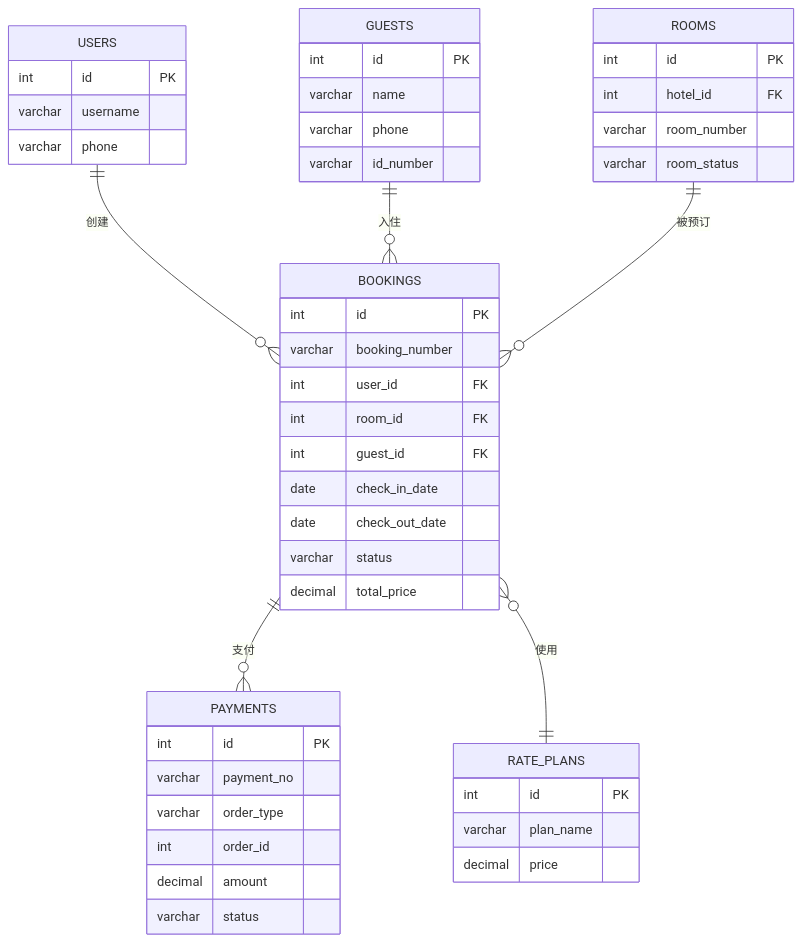
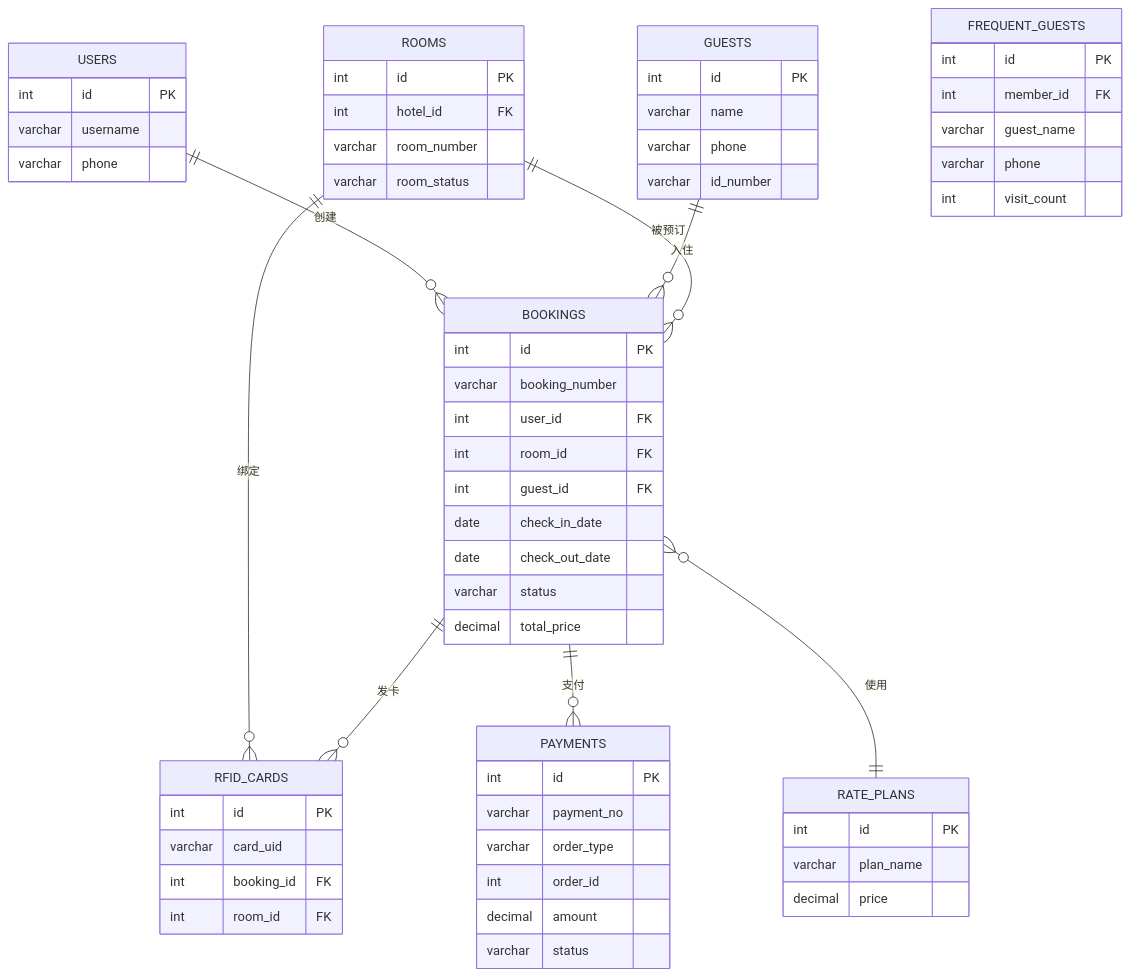
One commit to choisaaaaa/IoT_Smart_Hotel_System changed the sixth of 19 diagrams in docs/database_er_diagram.md. Above: the diagram before and after it, drawn with Mermaid. The commit also changed other lines of this file, not shown here.

First line of the commit message:
docs(database): 更新数据库E-R图文档至v2.0.0版本

````diff
--- a/docs/database_er_diagram.md
+++ b/docs/database_er_diagram.md
@@ -188,49 +279,64 @@
 ```mermaid
 erDiagram
     USERS {
         int id PK
         varchar username
         varchar phone
     }
     GUESTS {
         int id PK
         varchar name
         varchar phone
         varchar id_number
     }
     ROOMS {
         int id PK
         int hotel_id FK
         varchar room_number
         varchar room_status
     }
     BOOKINGS {
         int id PK
         varchar booking_number
         int user_id FK
         int room_id FK
         int guest_id FK
         date check_in_date
         date check_out_date
         varchar status
         decimal total_price
     }
     PAYMENTS {
         int id PK
         varchar payment_no
         varchar order_type
         int order_id
         decimal amount
         varchar status
     }
     RATE_PLANS {
         int id PK
         varchar plan_name
         decimal price
     }
+    RFID_CARDS {
+        int id PK
+        varchar card_uid
+        int booking_id FK
+        int room_id FK
+    }
+    FREQUENT_GUESTS {
+        int id PK
+        int member_id FK
+        varchar guest_name
+        varchar phone
+        int visit_count
+    }
     USERS ||--o{ BOOKINGS : "创建"
     GUESTS ||--o{ BOOKINGS : "入住"
     ROOMS ||--o{ BOOKINGS : "被预订"
+    ROOMS ||--o{ RFID_CARDS : "绑定"
+    BOOKINGS ||--o{ RFID_CARDS : "发卡"
     BOOKINGS ||--o{ PAYMENTS : "支付"
     BOOKINGS }o--|| RATE_PLANS : "使用"
 ```
````
